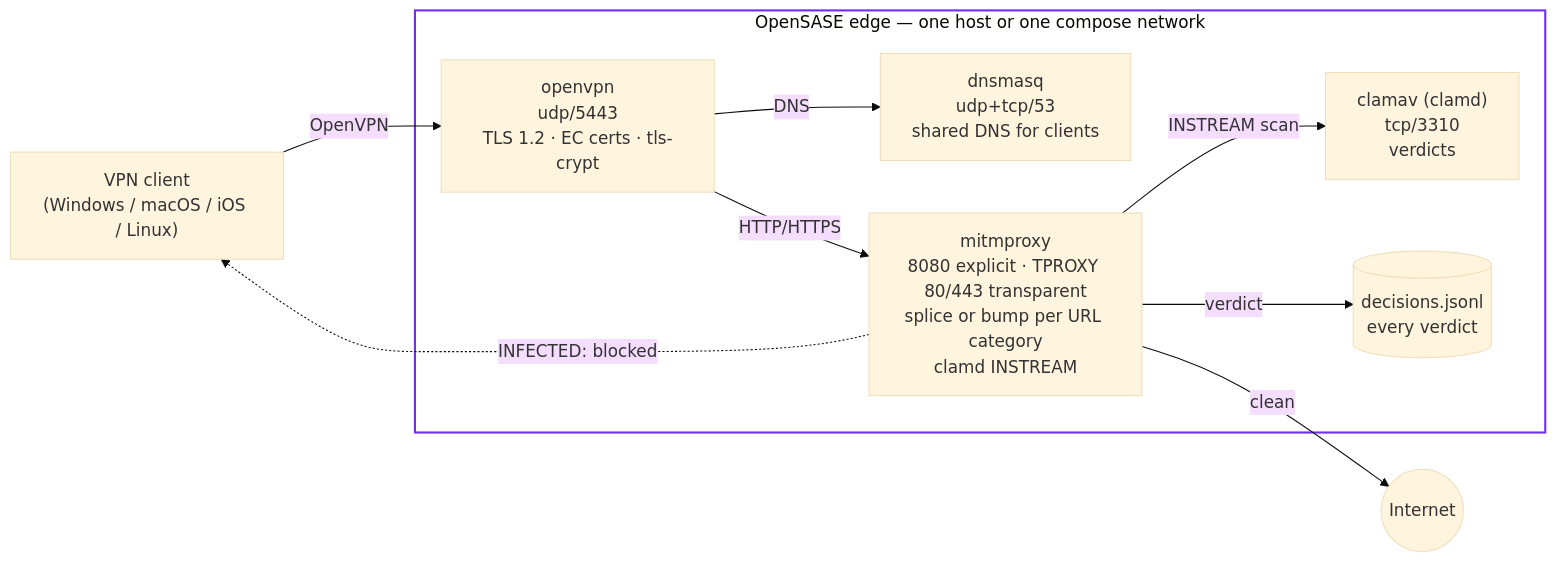
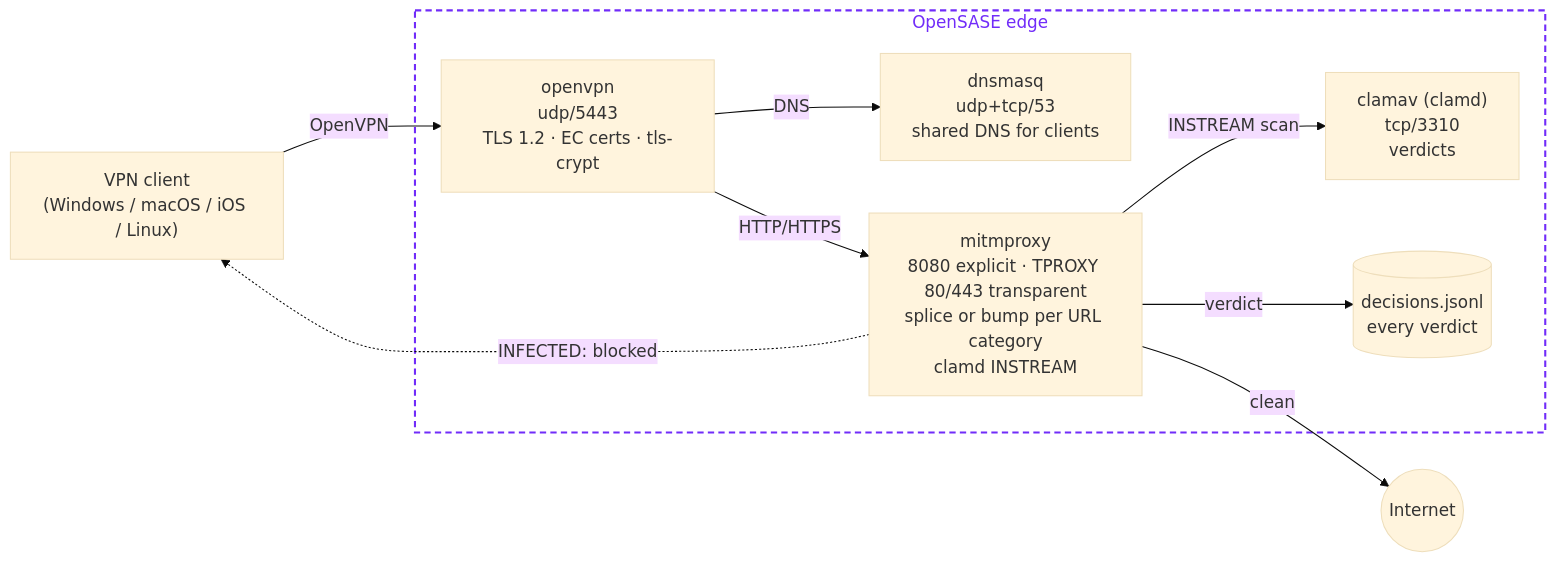
The diagram in docs/architecture.qmd (shsingh/opensase), drawn with Mermaid (base theme) before and after one commit. The commit also changed other lines of this file, not shown here.

Commit message:
fix(site): architecture diagram labels fit and the boundary reads purple (#70)
The subgraph title wrapped into the dnsmasq node and dnsmasq's label
overflowed its box (mermaid measures unwrapped titles). Title is now
'OpenSASE edge' in purple on a dashed purple boundary; the one-host /
compose-network qualifier moved into the intro prose; node labels
re-wrapped so every line fits its box. Verified with a local mermaid
render (title gap +11px, zero overflow) before shipping.

````diff
--- a/docs/architecture.qmd
+++ b/docs/architecture.qmd
@@ -7,24 +10,24 @@
 ```{mermaid}
 flowchart LR
     client["VPN client<br/>(Windows / macOS / iOS / Linux)"]
 
-    subgraph edge["OpenSASE edge — one host or one compose network"]
+    subgraph edge["OpenSASE edge"]
         vpn["openvpn<br/>udp/5443<br/>TLS 1.2 · EC certs · tls-crypt"]
         dns["dnsmasq<br/>udp+tcp/53<br/>shared DNS for clients"]
         mitm["mitmproxy<br/>8080 explicit · TPROXY 80/443 transparent<br/>splice or bump per URL category<br/>clamd INSTREAM"]
         clam["clamav (clamd)<br/>tcp/3310<br/>verdicts"]
         log[("decisions.jsonl<br/>every verdict")]
     end
 
     net((Internet))
 
     client -- "OpenVPN" --> vpn
     vpn -- "DNS" --> dns
     vpn -- "HTTP/HTTPS" --> mitm
     mitm -- "INSTREAM scan" --> clam
     mitm -- "verdict" --> log
     mitm -- "clean" --> net
     mitm -. "INFECTED: blocked" .-> client
 
-    style edge fill:transparent,stroke:#712cf9,stroke-width:2px
+    style edge fill:transparent,stroke:#712cf9,stroke-width:2px,stroke-dasharray:6 4,color:#712cf9
 ```
````
